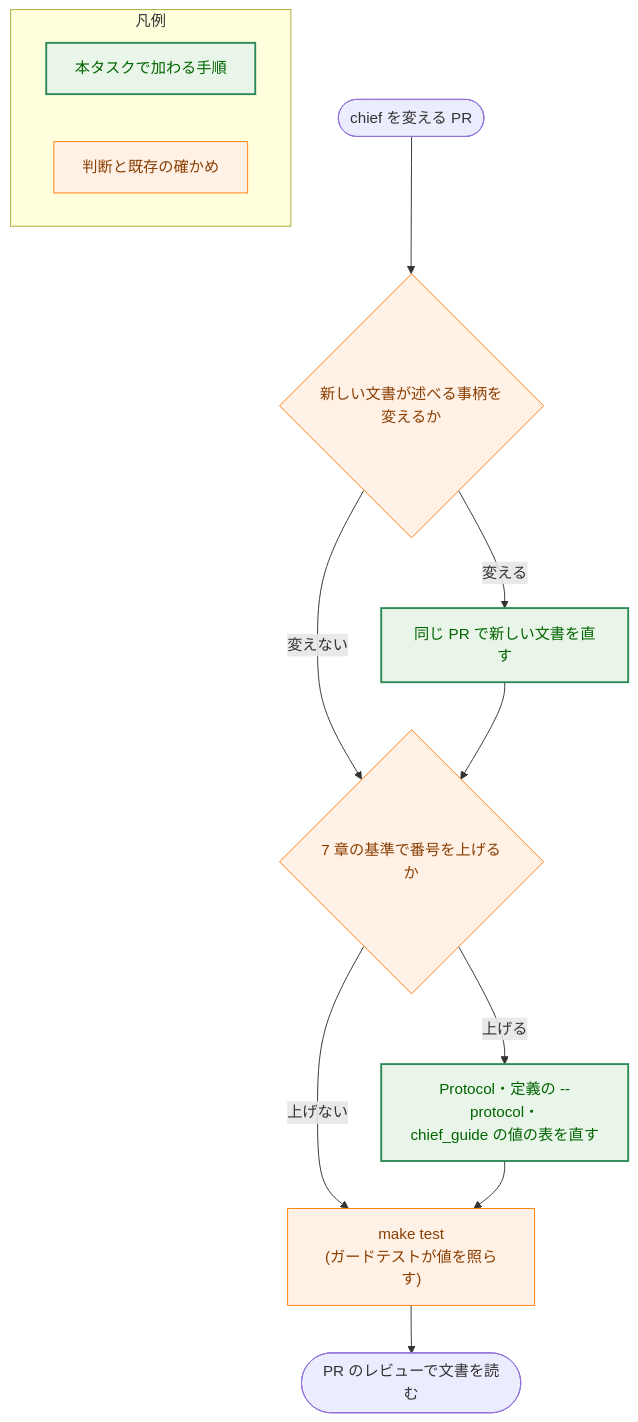
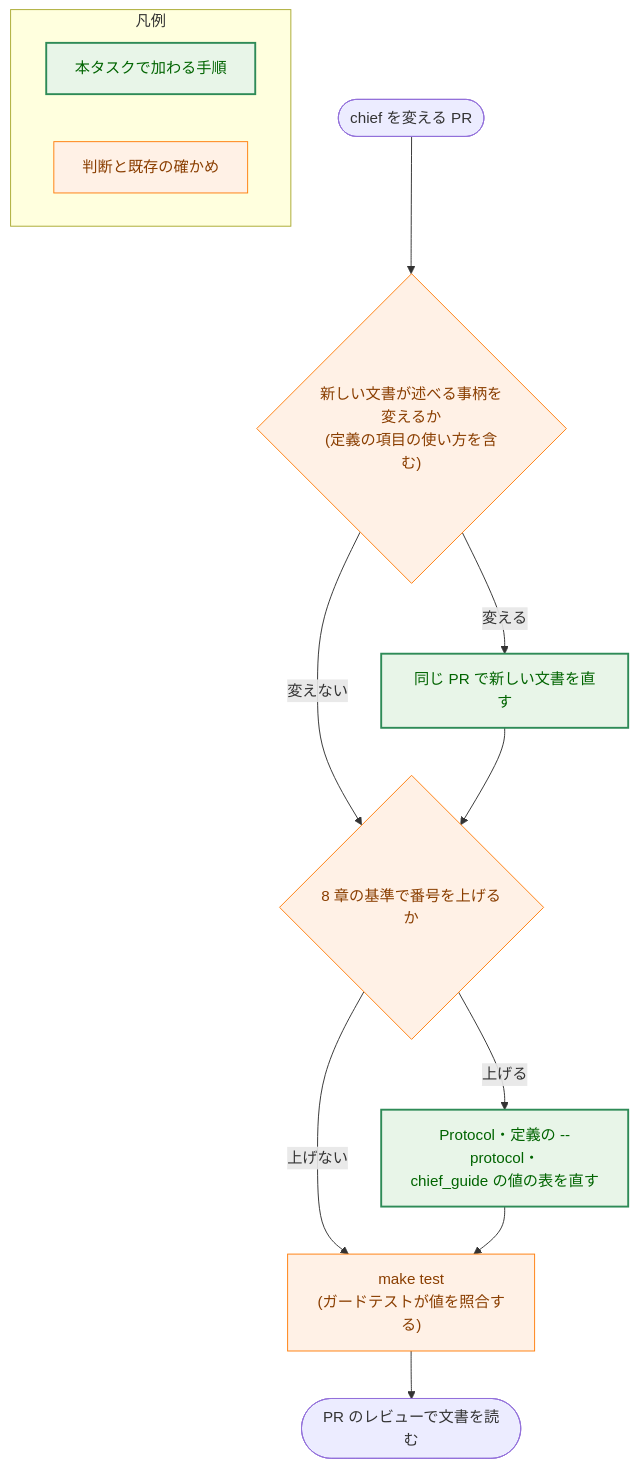
One commit to isseis/yt2column changed the fourth of 5 diagrams in docs/tasks/0117_chief_architecture_doc/02_architecture.md. Above: the diagram before and after it, drawn with Mermaid. The commit also changed other lines of this file and 1 other file, not shown here.

First line of the commit message:
docs(0117): address the design review and prose pass on the architecture

````diff
--- a/docs/tasks/0117_chief_architecture_doc/02_architecture.md
+++ b/docs/tasks/0117_chief_architecture_doc/02_architecture.md
@@ -446,24 +616,24 @@
 ```mermaid
 flowchart TD
     classDef process fill:#fff1e6,stroke:#ff7f0e,stroke-width:1px,color:#8a3e00;
     classDef enhanced fill:#e8f5e8,stroke:#2e8b57,stroke-width:2px,color:#006400;
 
-    Start(["chief を変える PR"]) --> Topic{"新しい文書が述べる事柄を変えるか"}
+    Start(["chief を変える PR"]) --> Topic{"新しい文書が述べる事柄を変えるか<br>(定義の項目の使い方を含む)"}
     Topic -->|"変える"| Fix["同じ PR で新しい文書を直す"]
     Topic -->|"変えない"| Proto
-    Fix --> Proto{"7 章の基準で番号を上げるか"}
+    Fix --> Proto{"8 章の基準で番号を上げるか"}
     Proto -->|"上げる"| Raise["Protocol・定義の --protocol・<br>chief_guide の値の表を直す"]
     Proto -->|"上げない"| Tests
-    Raise --> Tests["make test<br>(ガードテストが値を照らす)"]
+    Raise --> Tests["make test<br>(ガードテストが値を照合する)"]
     Tests --> Review(["PR のレビューで文書を読む"])
 
     class Fix,Raise enhanced
     class Topic,Proto,Tests process
 
     subgraph Legend["凡例"]
         L1["本タスクで加わる手順"]
         L2["判断と既存の確かめ"]
     end
     class L1 enhanced
     class L2 process
 ```
````
